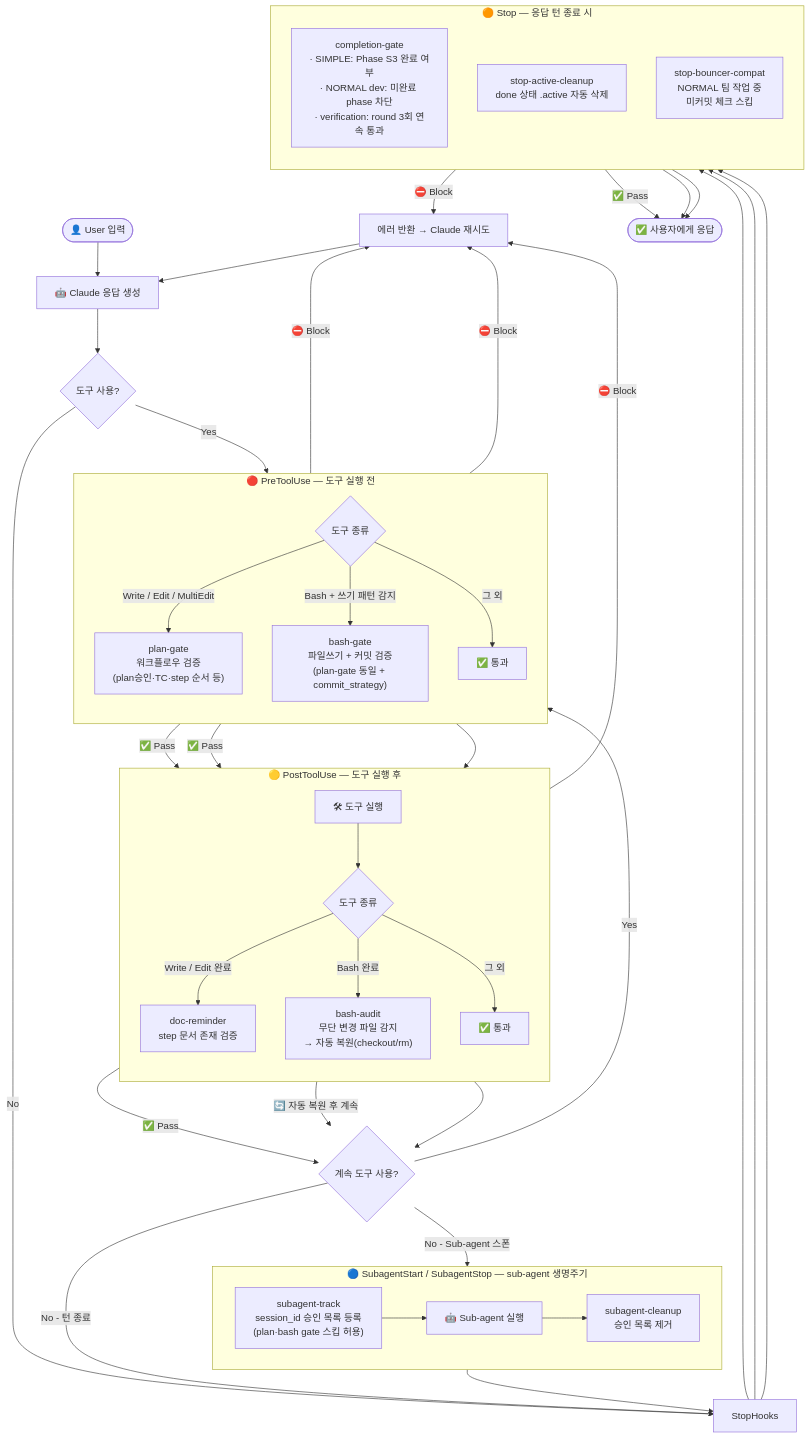
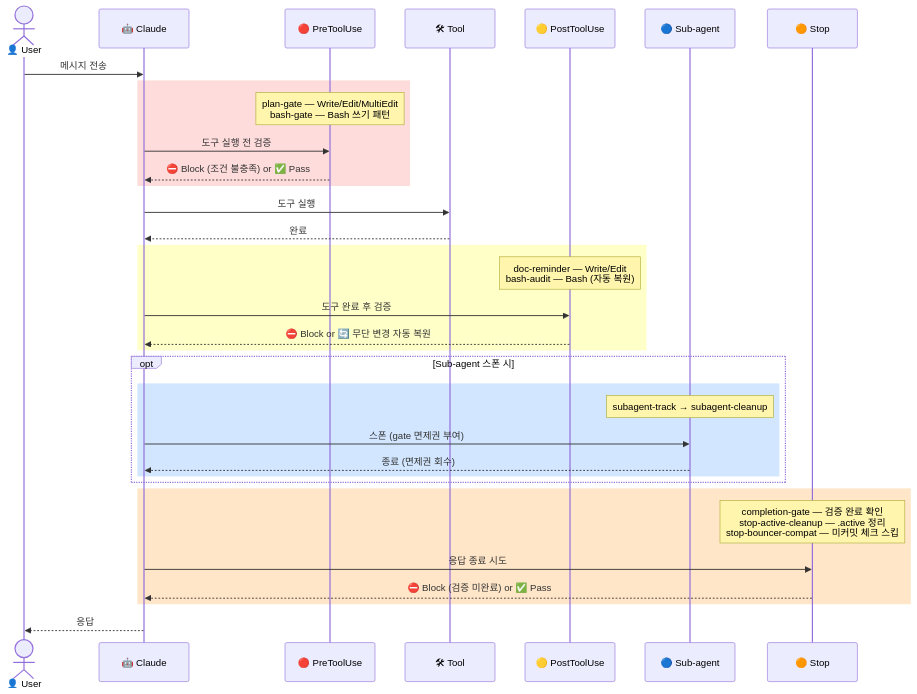
One commit to kangraemin/ai-bouncer changed the diagram in docs/hooks-lifecycle.md. Above: the diagram before and after it, drawn with Mermaid.

Commit message:
docs: 훅 생명주기 다이어그램을 sequenceDiagram으로 교체 (가독성 개선)

````diff
--- a/docs/hooks-lifecycle.md
+++ b/docs/hooks-lifecycle.md
@@ -25,66 +25,43 @@
 ```mermaid
-flowchart TD
-    User([👤 User 입력]) --> Claude[🤖 Claude 응답 생성]
-    Claude --> ToolQ{도구 사용?}
-    ToolQ -->|No| StopHooks
+sequenceDiagram
+    actor U as 👤 User
+    participant C as 🤖 Claude
+    participant PRE as 🔴 PreToolUse
+    participant T as 🛠 Tool
+    participant POST as 🟡 PostToolUse
+    participant SUB as 🔵 Sub-agent
+    participant STP as 🟠 Stop
 
-    ToolQ -->|Yes| ToolType{도구 종류}
+    U->>C: 메시지 전송
 
-    subgraph PRE ["🔴 PreToolUse — 도구 실행 전"]
-        direction TB
-        ToolType -->|Write / Edit / MultiEdit| PG["plan-gate\n워크플로우 검증\n(plan승인·TC·step 순서 등)"]
-        ToolType -->|Bash + 쓰기 패턴 감지| BG["bash-gate\n파일쓰기 + 커밋 검증\n(plan-gate 동일 + commit_strategy)"]
-        ToolType -->|그 외| PrePass[✅ 통과]
+    rect rgb(255, 220, 220)
+        note over PRE: plan-gate — Write/Edit/MultiEdit<br/>bash-gate — Bash 쓰기 패턴
+        C->>PRE: 도구 실행 전 검증
+        PRE-->>C: ⛔ Block (조건 불충족) or ✅ Pass
     end
 
-    PG -->|⛔ Block| BackToClaude[에러 반환 → Claude 재시도]
-    BG -->|⛔ Block| BackToClaude
-    BackToClaude --> Claude
+    C->>T: 도구 실행
+    T-->>C: 완료
 
-    PG -->|✅ Pass| ToolRun[🛠 도구 실행]
-    BG -->|✅ Pass| ToolRun
-    PrePass --> ToolRun
-
-    subgraph POST ["🟡 PostToolUse — 도구 실행 후"]
-        direction TB
-        ToolRun --> ToolType2{도구 종류}
-        ToolType2 -->|Write / Edit 완료| DR["doc-reminder\nstep 문서 존재 검증"]
-        ToolType2 -->|Bash 완료| BA["bash-audit\n무단 변경 파일 감지\n→ 자동 복원(checkout/rm)"]
-        ToolType2 -->|그 외| PostPass[✅ 통과]
+    rect rgb(255, 255, 200)
+        note over POST: doc-reminder — Write/Edit<br/>bash-audit — Bash (자동 복원)
+        C->>POST: 도구 완료 후 검증
+        POST-->>C: ⛔ Block or 🔄 무단 변경 자동 복원
     end
 
-    DR -->|⛔ Block| BackToClaude
-    DR -->|✅ Pass| MoreTools{계속 도구 사용?}
-    BA -->|🔄 자동 복원 후 계속| MoreTools
-    PostPass --> MoreTools
-
-    MoreTools -->|Yes| ToolType
-
-    subgraph SUB ["🔵 SubagentStart / SubagentStop — sub-agent 생명주기"]
-        direction LR
-        ST["subagent-track\nsession_id 승인 목록 등록\n(plan·bash gate 스킵 허용)"]
-        --> SA["🤖 Sub-agent 실행"]
-        --> SC["subagent-cleanup\n승인 목록 제거"]
+    opt Sub-agent 스폰 시
+        rect rgb(210, 230, 255)
+            note over SUB: subagent-track → subagent-cleanup
+            C->>SUB: 스폰 (gate 면제권 부여)
+            SUB-->>C: 종료 (면제권 회수)
+        end
     end
 
-    MoreTools -->|No - Sub-agent 스폰| ST
-    SC --> StopHooks
-
-    MoreTools -->|No - 턴 종료| StopHooks
-
-    subgraph STOP ["🟠 Stop — 응답 턴 종료 시"]
-        direction TB
-        CG["completion-gate\n· SIMPLE: Phase S3 완료 여부\n· NORMAL dev: 미완료 phase 차단\n· verification: round 3회 연속 통과"]
-        AC["stop-active-cleanup\ndone 상태 .active 자동 삭제"]
-        BC["stop-bouncer-compat\nNORMAL 팀 작업 중\n미커밋 체크 스킵"]
+    rect rgb(255, 230, 200)
+        note over STP: completion-gate — 검증 완료 확인<br/>stop-active-cleanup — .active 정리<br/>stop-bouncer-compat — 미커밋 체크 스킵
+        C->>STP: 응답 종료 시도
+        STP-->>C: ⛔ Block (검증 미완료) or ✅ Pass
     end
 
-    StopHooks --> CG & AC & BC
-
-    CG -->|⛔ Block| BackToClaude
-    CG -->|✅ Pass| Response
-    AC --> Response
-    BC --> Response
-
-    Response([✅ 사용자에게 응답])
+    C-->>U: 응답
 ```
````
